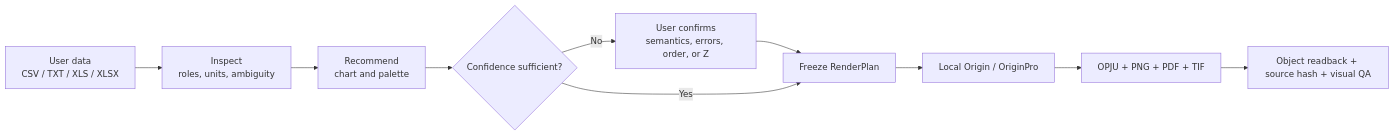
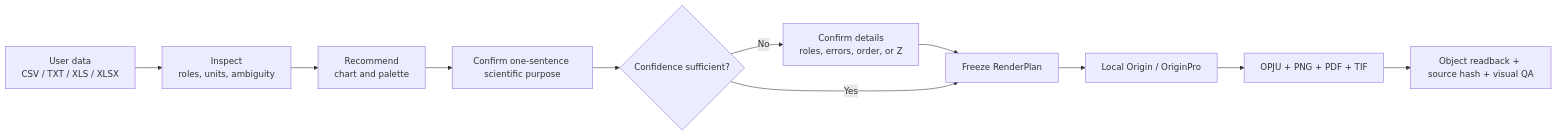
Before and after one commit to hang-jin/editaplot: the diagram in README.en.md, drawn with Mermaid. The commit also changed other lines of this file and 26 other files, not shown here.

````diff
--- a/README.en.md
+++ b/README.en.md
@@ -24,12 +27,13 @@
 ```mermaid
 flowchart LR
     A["User data<br>CSV / TXT / XLS / XLSX"] --> B["Inspect<br>roles, units, ambiguity"]
     B --> C["Recommend<br>chart and palette"]
-    C --> D{"Confidence sufficient?"}
-    D -- No --> E["User confirms<br>semantics, errors, order, or Z"]
-    E --> F["Freeze RenderPlan"]
-    D -- Yes --> F
-    F --> G["Local Origin / OriginPro"]
-    G --> H["OPJU + PNG + PDF + TIF"]
-    H --> I["Object readback + source hash + visual QA"]
+    C --> D["Confirm one-sentence scientific purpose"]
+    D --> E{"Confidence sufficient?"}
+    E -- No --> F["Confirm details<br>roles, errors, order, or Z"]
+    F --> G["Freeze RenderPlan"]
+    E -- Yes --> G
+    G --> H["Local Origin / OriginPro"]
+    H --> I["OPJU + PNG + PDF + TIF"]
+    I --> J["Object readback + source hash + visual QA"]
 ```
````
